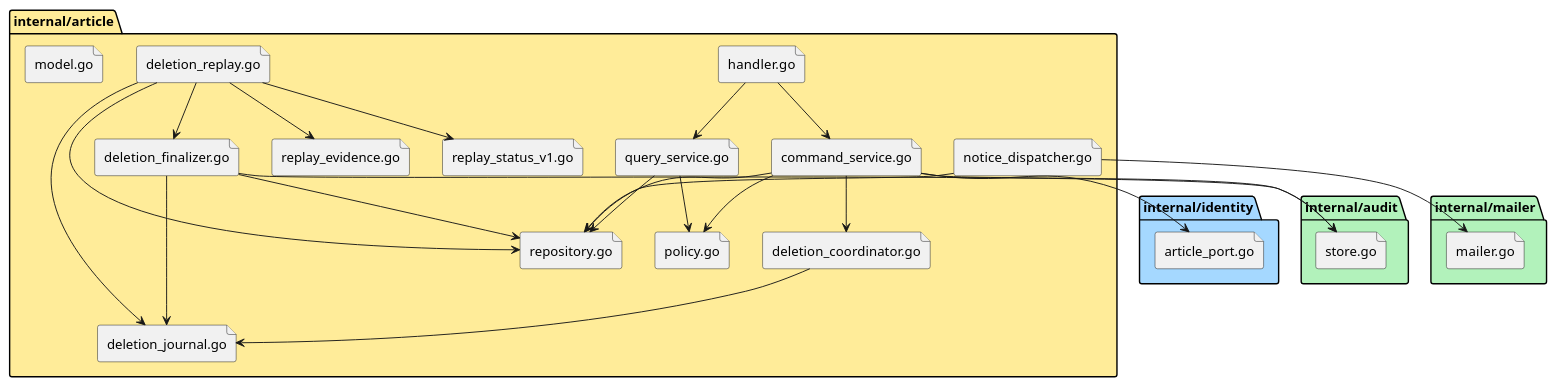
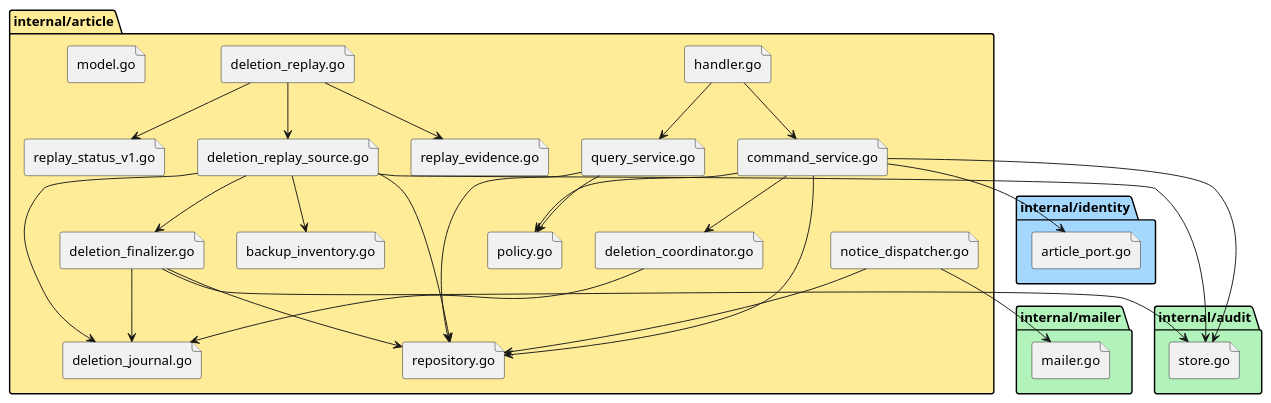
Before and after one commit to jianghua-hub-ai/han: the fifth of 28 diagrams in .add/project/knowledge/design-workspace/article-management/design.md, drawn with PlantUML. The commit also changed other lines of this file and 26 other files, not shown here.

````diff
--- a/.add/project/knowledge/design-workspace/article-management/design.md
+++ b/.add/project/knowledge/design-workspace/article-management/design.md
@@ -445,50 +545,55 @@
 ```plantuml
 @startuml
 skinparam shadowing false
 skinparam defaultFontName "Microsoft YaHei"
 folder "internal/article" #ffec99 {
   file "handler.go" as h
   file "command_service.go" as c
   file "query_service.go" as q
   file "policy.go" as p
   file "repository.go" as r
   file "notice_dispatcher.go" as n
   file "deletion_coordinator.go" as dc
   file "deletion_finalizer.go" as df
   file "deletion_journal.go" as dj
   file "deletion_replay.go" as dr
+  file "deletion_replay_source.go" as drs
+  file "backup_inventory.go" as bi
   file "replay_evidence.go" as re
   file "replay_status_v1.go" as rv
   file "model.go" as m
 }
 folder "internal/identity" #a5d8ff {
   file "article_port.go" as ip
 }
 folder "internal/audit" #b2f2bb {
   file "store.go" as a
 }
 folder "internal/mailer" #b2f2bb {
   file "mailer.go" as ml
 }
 h --> c
 h --> q
 c --> p
 c --> r
 c --> ip
 c --> a
 c --> dc
 dc --> dj
 df --> dj
 df --> r
 df --> a
-dr --> dj
-dr --> df
-dr --> r
+dr --> drs
+drs --> bi
+drs --> dj
+drs --> df
+drs --> r
+drs --> a
 dr --> re
 dr --> rv
 q --> p
 q --> r
 n --> r
 n --> ml
 @enduml
 ```
````
